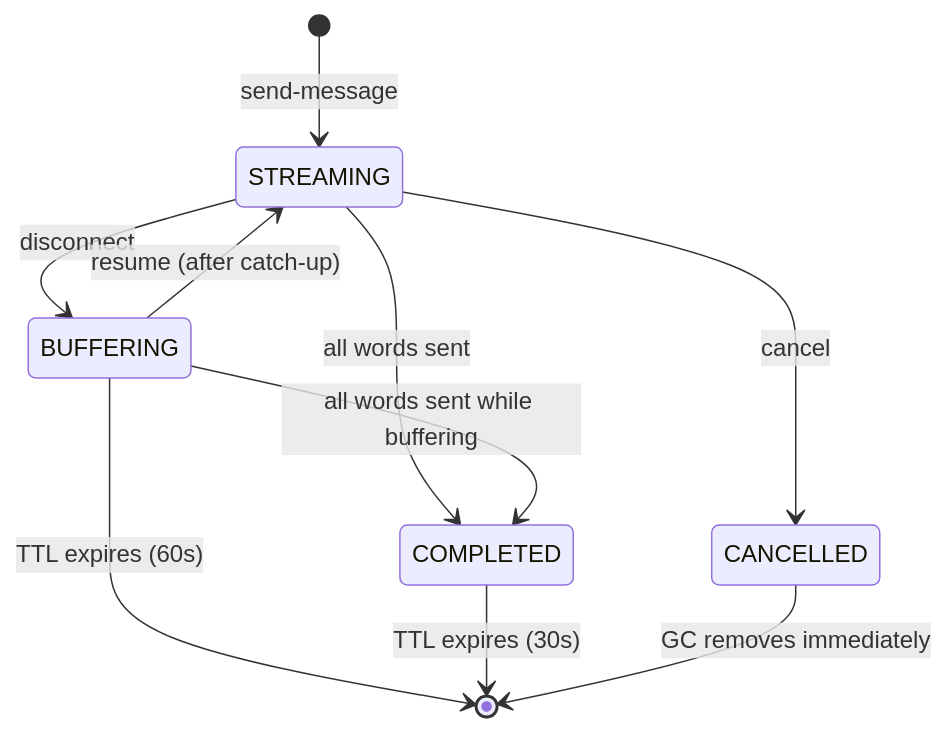
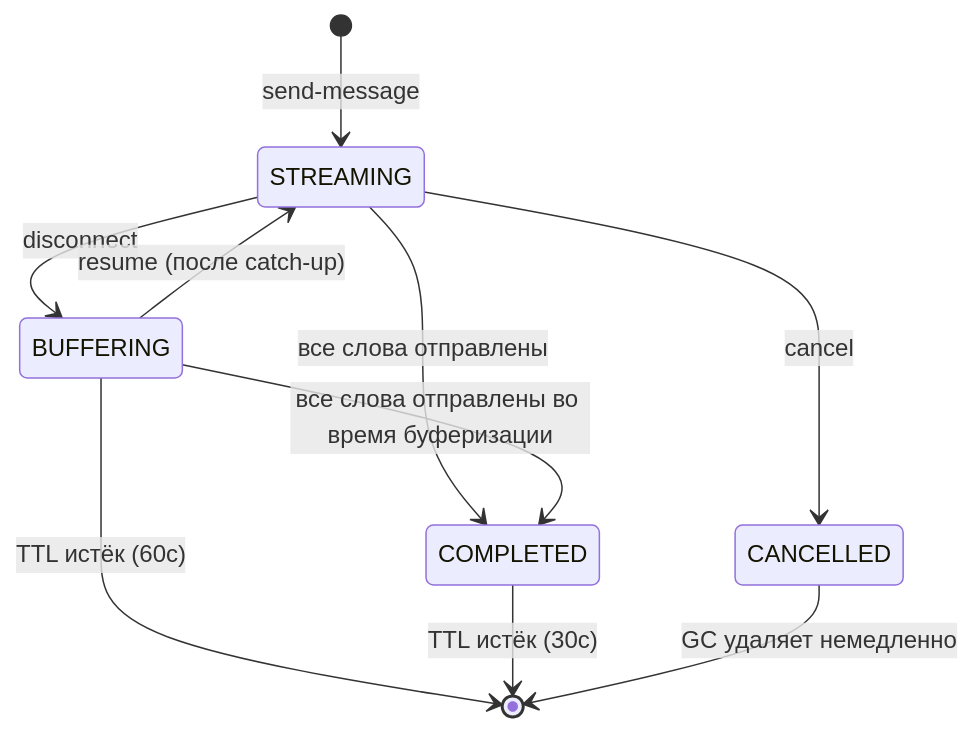
One commit to GregoryPetrovLn/steuerchat-trial changed the diagram in INTERVIEW_NOTES.md. Above: the diagram before and after it, drawn with Mermaid. The commit also changed other lines of this file and 5 other files, not shown here.

````diff
--- a/INTERVIEW_NOTES.md
+++ b/INTERVIEW_NOTES.md
@@ -30,12 +30,12 @@
 ```mermaid
 stateDiagram-v2
     [*] --> STREAMING : send-message
     STREAMING --> BUFFERING : disconnect
     STREAMING --> CANCELLED : cancel
-    STREAMING --> COMPLETED : all words sent
-    BUFFERING --> STREAMING : resume (after catch-up)
-    BUFFERING --> COMPLETED : all words sent while buffering
-    BUFFERING --> [*] : TTL expires (60s)
-    COMPLETED --> [*] : TTL expires (30s)
-    CANCELLED --> [*] : GC removes immediately
+    STREAMING --> COMPLETED : все слова отправлены
+    BUFFERING --> STREAMING : resume (после catch-up)
+    BUFFERING --> COMPLETED : все слова отправлены во время буферизации
+    BUFFERING --> [*] : TTL истёк (60с)
+    COMPLETED --> [*] : TTL истёк (30с)
+    CANCELLED --> [*] : GC удаляет немедленно
 ```
````
